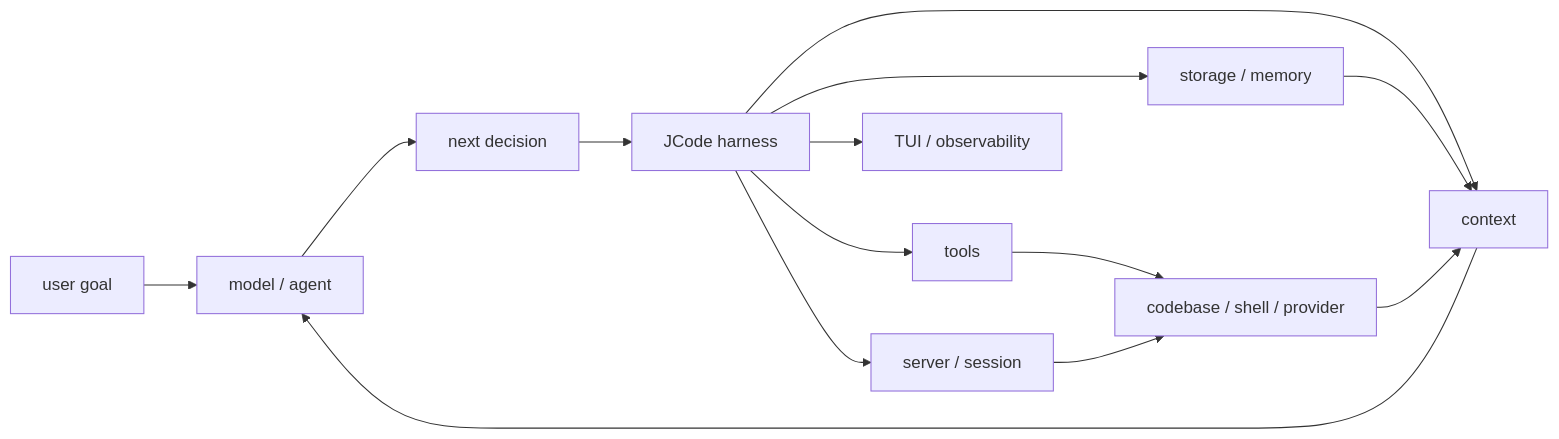
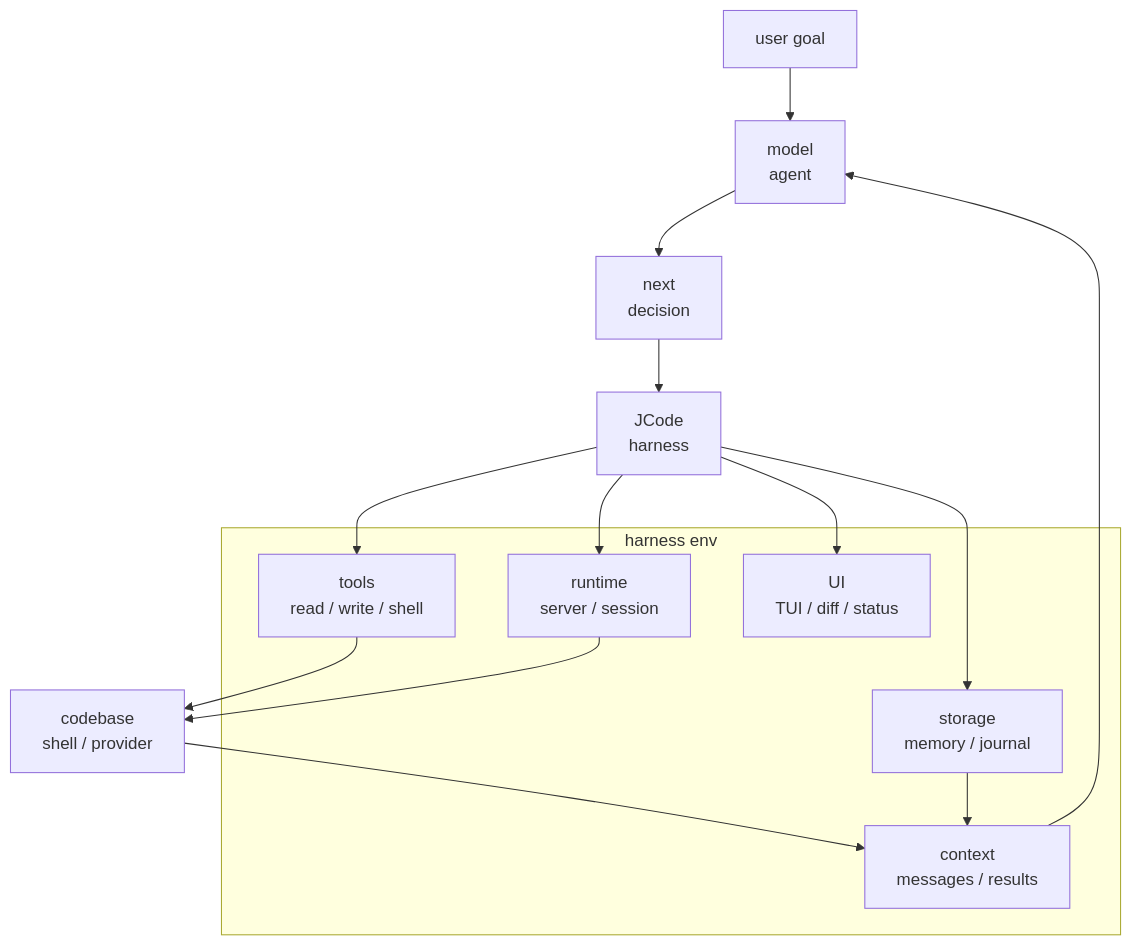
Before and after one commit to Br1an67/learn-jcode: the diagram in docs/en/s01-harness-mindset.md, drawn with Mermaid. The commit also changed 23 other files, not shown here.

Commit message:
Improve Mermaid diagram layout

````diff
--- a/docs/en/s01-harness-mindset.md
+++ b/docs/en/s01-harness-mindset.md
@@ -30,16 +30,24 @@
 ```mermaid
-flowchart LR
-  User["user goal"] --> Model["model / agent"]
-  Model --> Decision["next decision"]
-  Decision --> Harness["JCode harness"]
-  Harness --> Tools["tools"]
-  Harness --> Context["context"]
-  Harness --> Runtime["server / session"]
-  Harness --> UI["TUI / observability"]
-  Harness --> Storage["storage / memory"]
-  Tools --> World["codebase / shell / provider"]
+flowchart TD
+  User["user goal"] --> Model["model<br/>agent"]
+  Model --> Decision["next<br/>decision"]
+  Decision --> Harness["JCode<br/>harness"]
+
+  subgraph Env["harness env"]
+    Tools["tools<br/>read / write / shell"]
+    Runtime["runtime<br/>server / session"]
+    UI["UI<br/>TUI / diff / status"]
+    Storage["storage<br/>memory / journal"]
+    Context["context<br/>messages / results"]
+  end
+
+  Harness --> Tools
+  Harness --> Runtime
+  Harness --> UI
+  Harness --> Storage
+  Storage --> Context
+  Tools --> World["codebase<br/>shell / provider"]
   Runtime --> World
-  Storage --> Context
   World --> Context
   Context --> Model
 ```
````
